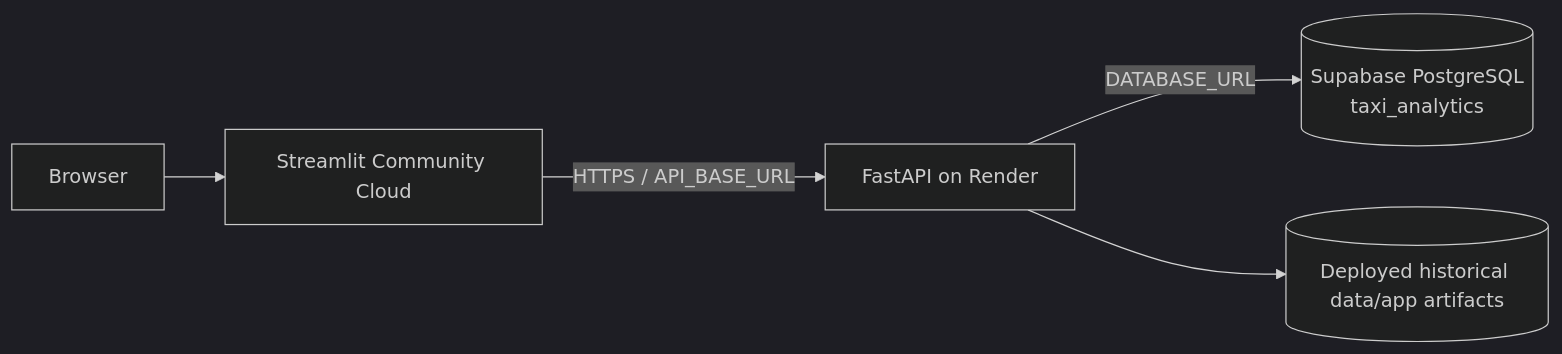
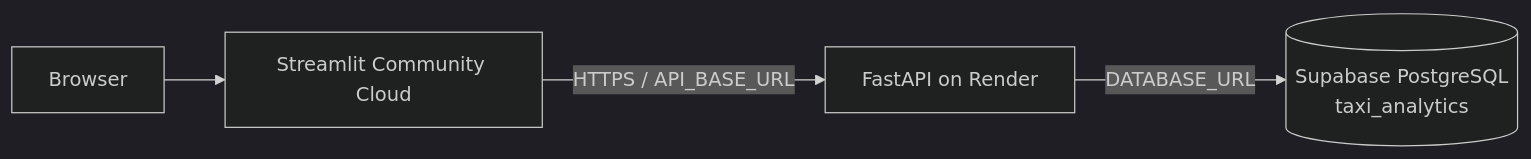
One commit to georgeballa7/NycTaxiDemandForecasting changed the second of 2 diagrams in docs/architecture.md. Above: the diagram before and after it, drawn with Mermaid (dark theme). The commit also changed other lines of this file, not shown here.

Commit message:
Update architecture for database-backed model serving

````diff
--- a/docs/architecture.md
+++ b/docs/architecture.md
@@ -148,7 +138,6 @@
 ```mermaid
 flowchart LR
     U[Browser] --> ST[Streamlit Community Cloud]
     ST -->|HTTPS / API_BASE_URL| R[FastAPI on Render]
     R -->|DATABASE_URL| S[(Supabase PostgreSQL\ntaxi_analytics)]
-    R --> A[(Deployed historical data/app artifacts)]
 ```
````
